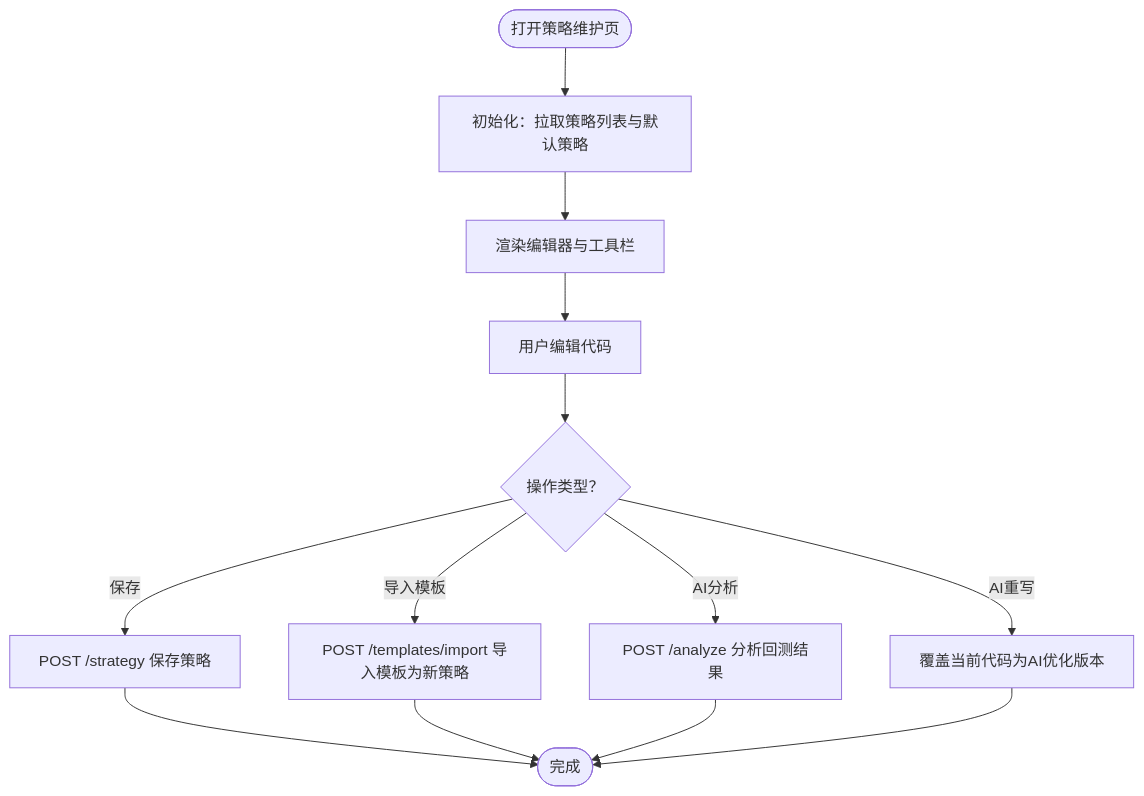
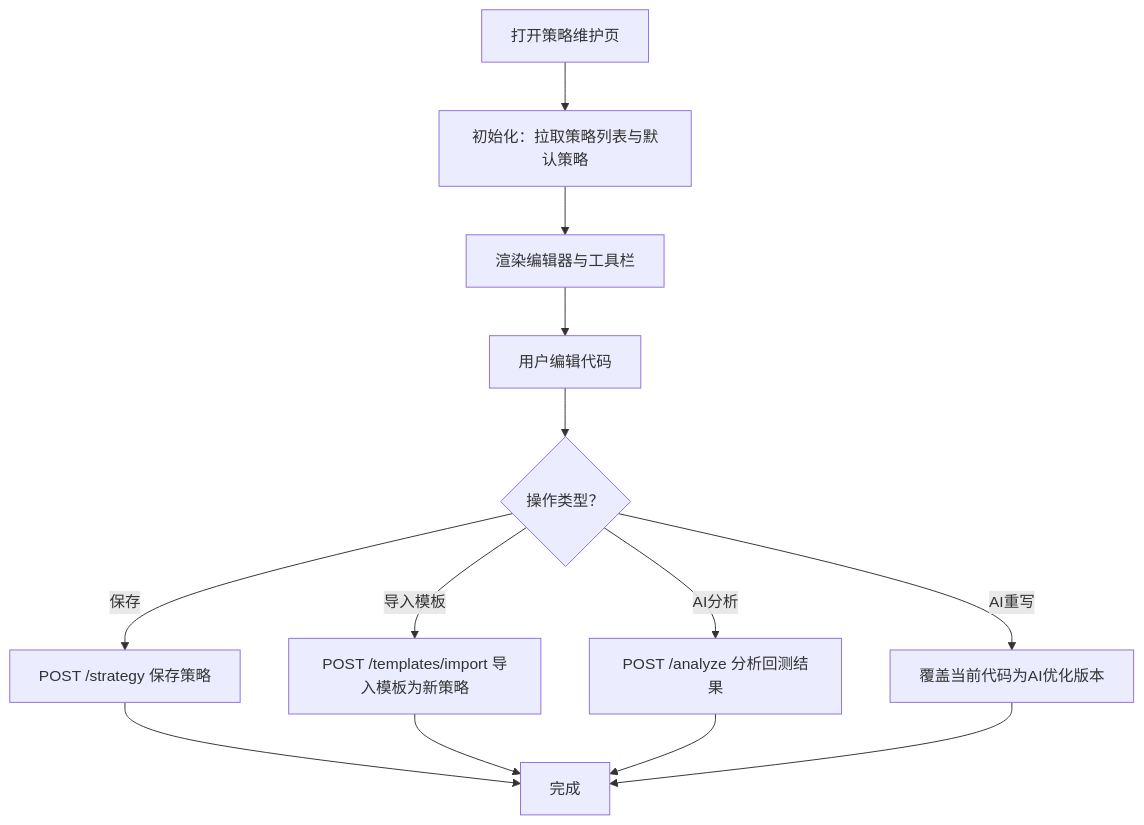
Before and after one commit to faryhuo/backtrader: the third of 9 diagrams in .qoder/repowiki/zh/content/核心功能详解/策略开发与管理.md, drawn with Mermaid. The commit also changed other lines of this file and 1 other file, not shown here.

````diff
--- a/.qoder/repowiki/zh/content/核心功能详解/策略开发与管理.md
+++ b/.qoder/repowiki/zh/content/核心功能详解/策略开发与管理.md
@@ -167,15 +239,15 @@
 ```mermaid
 flowchart TD
-Start(["打开策略维护页"]) --> Init["初始化：拉取策略列表与默认策略"]
+Start["打开策略维护页"] --> Init["初始化：拉取策略列表与默认策略"]
 Init --> Render["渲染编辑器与工具栏"]
 Render --> Edit["用户编辑代码"]
 Edit --> Actions{"操作类型？"}
 Actions --> |保存| Save["POST /strategy 保存策略"]
 Actions --> |导入模板| Import["POST /templates/import 导入模板为新策略"]
 Actions --> |AI分析| Analyze["POST /analyze 分析回测结果"]
 Actions --> |AI重写| Rewrite["覆盖当前代码为AI优化版本"]
-Save --> Done(["完成"])
+Save --> Done["完成"]
 Import --> Done
 Analyze --> Done
 Rewrite --> Done
 ```
````
